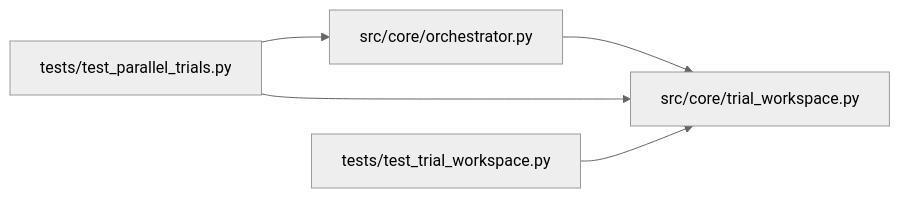
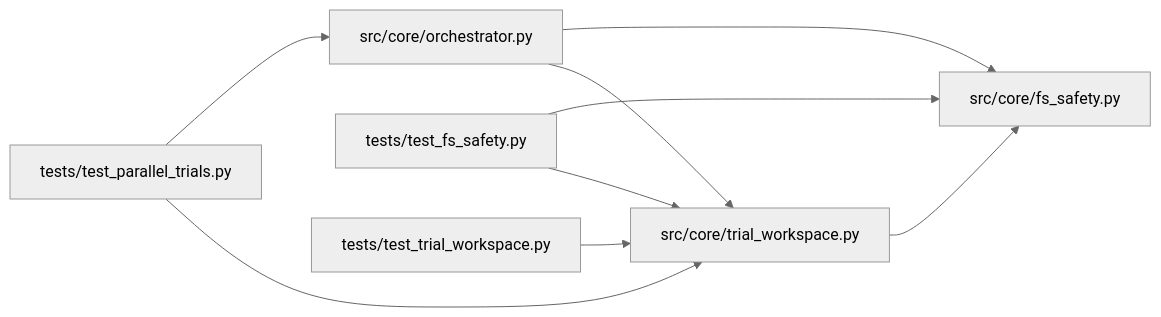
One commit to Denissvgn/autoresearch-agent changed the diagram in docs/llm_wiki/modules/trial_workspace.md. Above: the diagram before and after it, drawn with Mermaid (neutral theme). The commit also changed other lines of this file and 34 other files, not shown here.

````diff
--- a/docs/llm_wiki/modules/trial_workspace.md
+++ b/docs/llm_wiki/modules/trial_workspace.md
@@ -46,15 +46,23 @@
 ```mermaid
 flowchart LR
-    n0["src/core/orchestrator.py"]
-    n1["src/core/trial_workspace.py"]
-    n2["tests/test_parallel_trials.py"]
-    n3["tests/test_trial_workspace.py"]
-    n0 --> n1
+    n0["src/core/fs_safety.py"]
+    n1["src/core/orchestrator.py"]
+    n2["src/core/trial_workspace.py"]
+    n3["tests/test_fs_safety.py"]
+    n4["tests/test_parallel_trials.py"]
+    n5["tests/test_trial_workspace.py"]
+    n1 --> n0
+    n1 --> n2
     n2 --> n0
-    n2 --> n1
-    n3 --> n1
-    click n0 "../modules/orchestrator.md"
-    click n1 "../modules/trial_workspace.md"
-    click n2 "../modules/test_parallel_trials.md"
-    click n3 "../modules/test_trial_workspace.md"
+    n3 --> n0
+    n3 --> n2
+    n4 --> n1
+    n4 --> n2
+    n5 --> n2
+    click n0 "../modules/fs_safety.md"
+    click n1 "../modules/orchestrator.md"
+    click n2 "../modules/trial_workspace.md"
+    click n3 "../modules/test_fs_safety.md"
+    click n4 "../modules/test_parallel_trials.md"
+    click n5 "../modules/test_trial_workspace.md"
 ```
````
